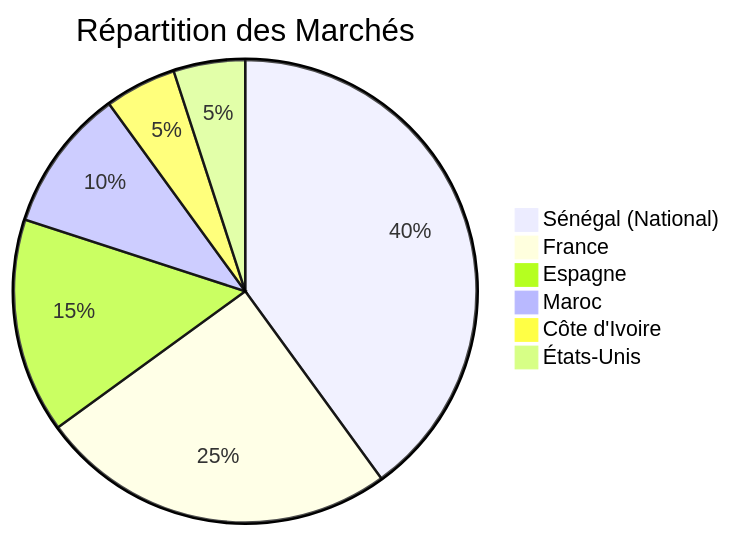
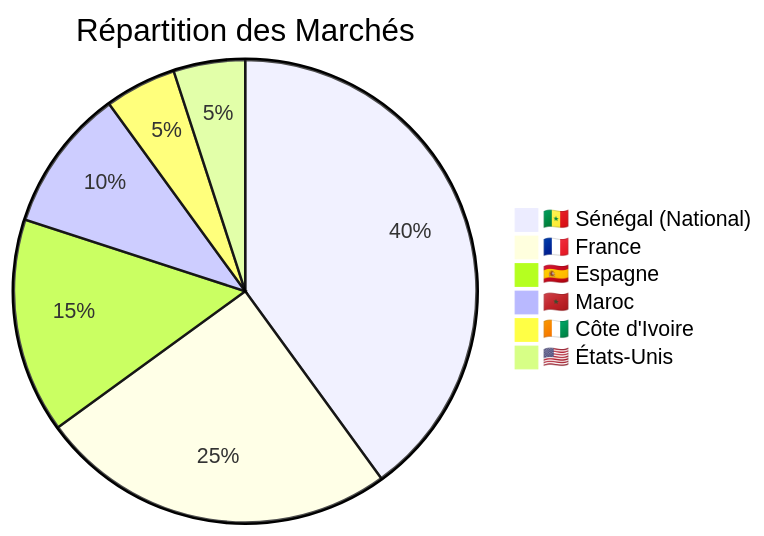
Before and after one commit to MaximeKELI/Projet-AGRICOLE: the tenth of 13 diagrams in README.md, drawn with Mermaid. The commit also changed other lines of this file and 2 other files, not shown here.

````diff
--- a/README.md
+++ b/README.md
@@ -518,9 +924,9 @@
 ```mermaid
 pie title Répartition des Marchés
-    "Sénégal (National)" : 40
-    "France" : 25
-    "Espagne" : 15
-    "Maroc" : 10
-    "Côte d'Ivoire" : 5
-    "États-Unis" : 5
+    "🇸🇳 Sénégal (National)" : 40
+    "🇫🇷 France" : 25
+    "🇪🇸 Espagne" : 15
+    "🇲🇦 Maroc" : 10
+    "🇨🇮 Côte d'Ivoire" : 5
+    "🇺🇸 États-Unis" : 5
 ```
````
